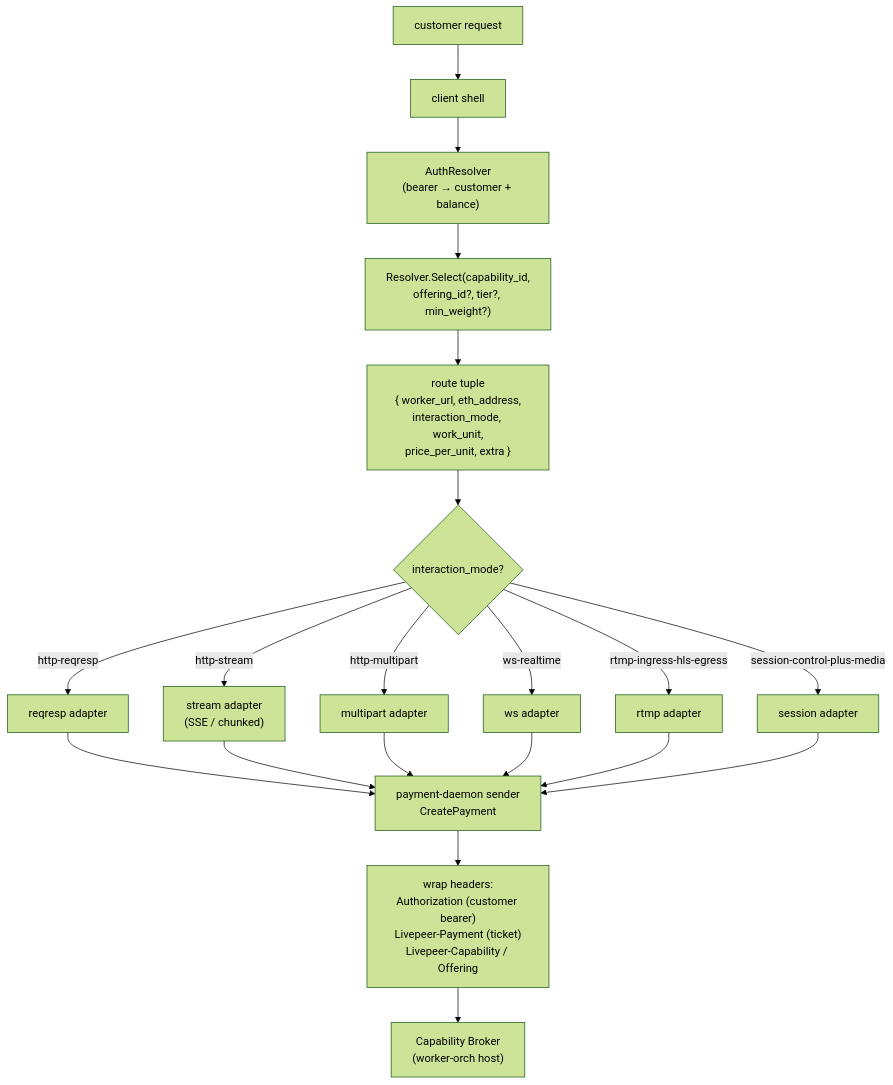
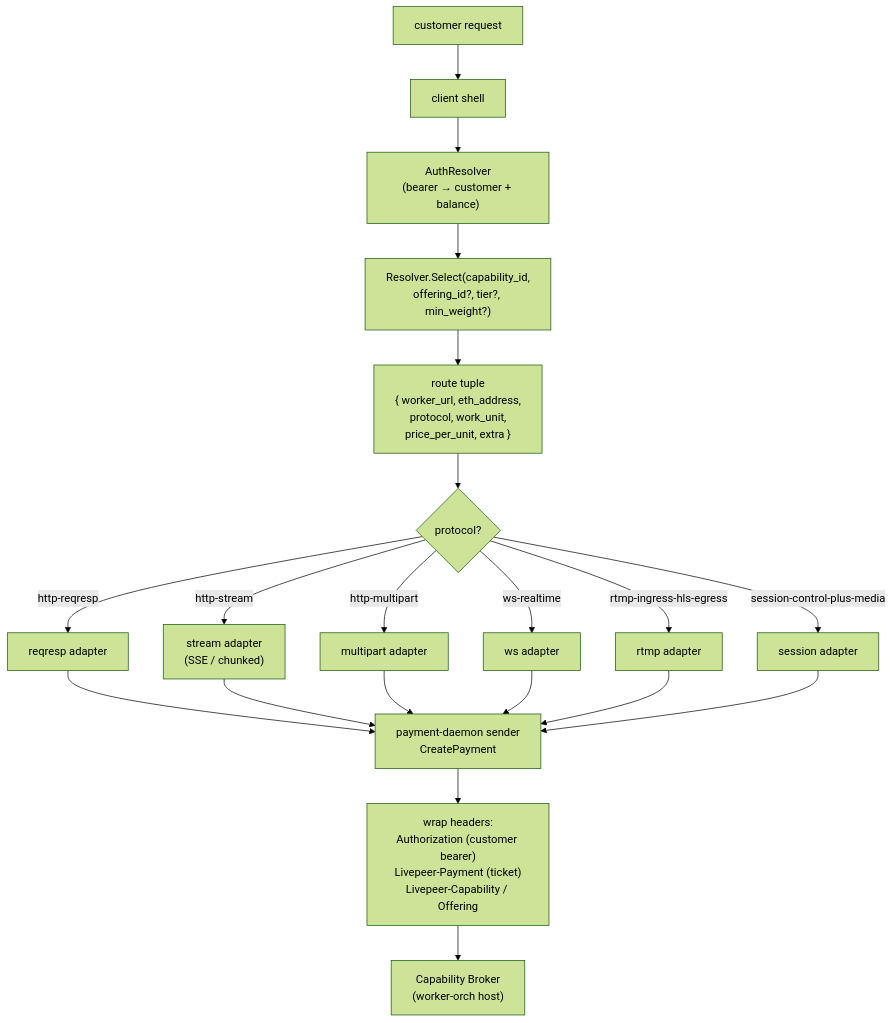
The eighth of 9 diagrams in docs/design-docs/architecture-overview.md (Cloud-SPE/livepeer-network-modules), drawn with Mermaid (forest theme) before and after one commit. The commit also changed other lines of this file and 5 other files, not shown here.

````diff
--- a/docs/design-docs/architecture-overview.md
+++ b/docs/design-docs/architecture-overview.md
@@ -892,25 +836,25 @@
 ```mermaid
 flowchart TD
     Cust["customer request"] --> Shell["client shell"]
     Shell --> Auth["AuthResolver<br/>(bearer → customer + balance)"]
     Auth --> Resolve["Resolver.Select(capability_id,<br/>offering_id?, tier?, min_weight?)"]
-    Resolve --> Tuple["route tuple<br/>{ worker_url, eth_address,<br/>interaction_mode, work_unit,<br/>price_per_unit, extra }"]
-    Tuple --> ModeSwitch{interaction_mode?}
+    Resolve --> Tuple["route tuple<br/>{ worker_url, eth_address,<br/>protocol, work_unit,<br/>price_per_unit, extra }"]
+    Tuple --> ModeSwitch{protocol?}
 
     ModeSwitch -->|http-reqresp| A1["reqresp adapter"]
     ModeSwitch -->|http-stream| A2["stream adapter<br/>(SSE / chunked)"]
     ModeSwitch -->|http-multipart| A3["multipart adapter"]
     ModeSwitch -->|ws-realtime| A4["ws adapter"]
     ModeSwitch -->|rtmp-ingress-hls-egress| A5["rtmp adapter"]
     ModeSwitch -->|session-control-plus-media| A6["session adapter"]
 
     A1 --> Sender["payment-daemon sender<br/>CreatePayment"]
     A2 --> Sender
     A3 --> Sender
     A4 --> Sender
     A5 --> Sender
     A6 --> Sender
 
     Sender --> Wrap["wrap headers:<br/>Authorization (customer bearer)<br/>Livepeer-Payment (ticket)<br/>Livepeer-Capability / Offering"]
     Wrap --> Broker["Capability Broker<br/>(worker-orch host)"]
 ```
````
